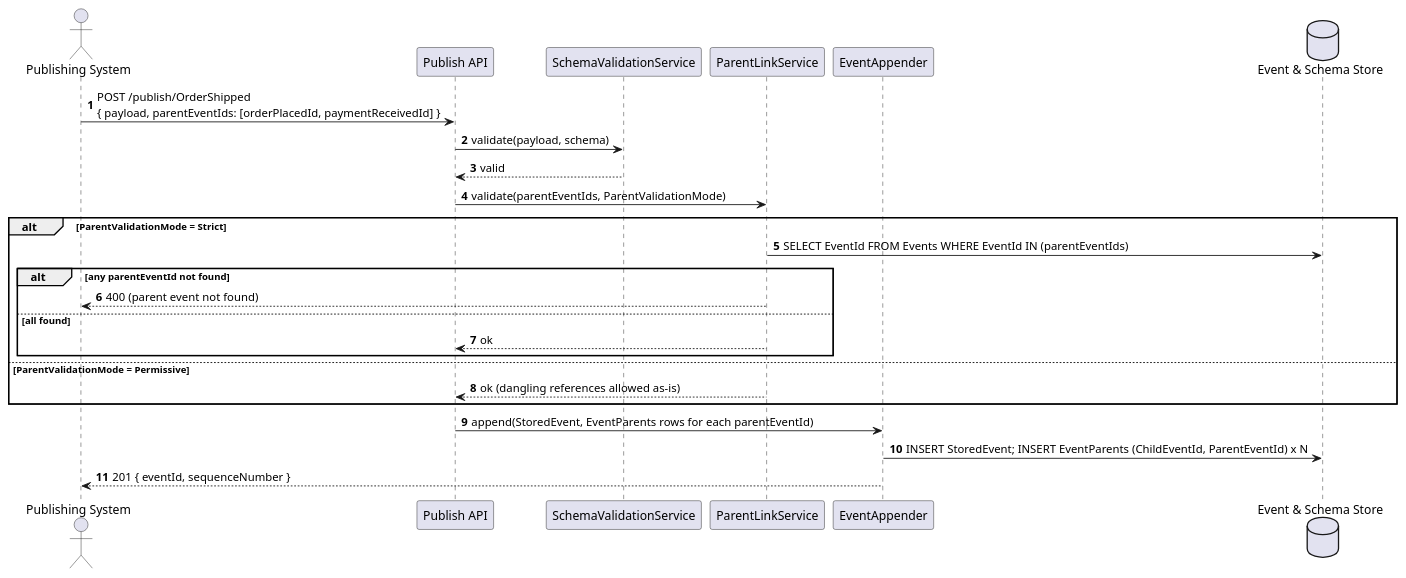
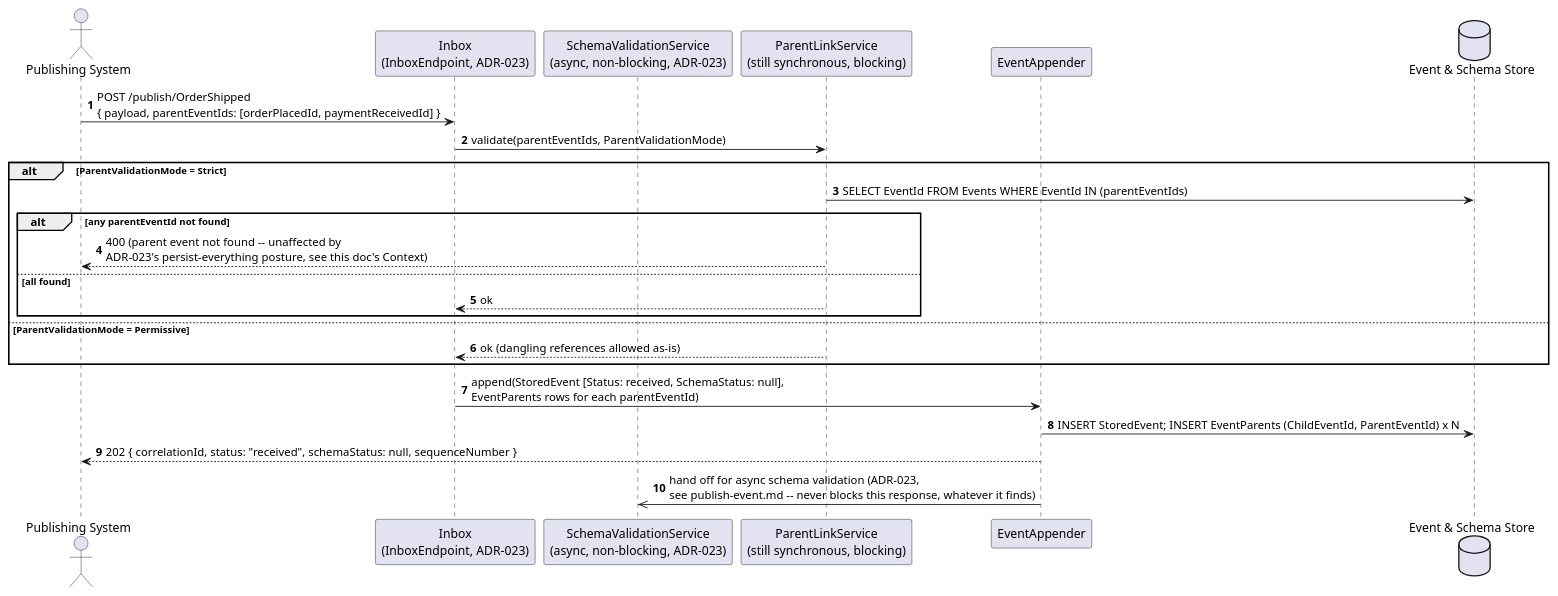
One commit to Mwwhited-BookLearning/EventSourcing changed the first of 3 diagrams in docs/features/event-chains.md. Above: the diagram before and after it, drawn with PlantUML. The commit also changed other lines of this file and 37 other files, not shown here.

````diff
--- a/docs/features/event-chains.md
+++ b/docs/features/event-chains.md
@@ -23,29 +29,28 @@
 ```plantuml
 @startuml EventChains_Publish_Sequence
 autonumber
 actor "Publishing System" as publisher
-participant "Publish API" as endpoint
-participant "SchemaValidationService" as validator
-participant "ParentLinkService" as parentLink
+participant "Inbox\n(InboxEndpoint, ADR-023)" as endpoint
+participant "SchemaValidationService\n(async, non-blocking, ADR-023)" as validator
+participant "ParentLinkService\n(still synchronous, blocking)" as parentLink
 participant "EventAppender" as appender
 database "Event & Schema Store" as db
 
 publisher -> endpoint: POST /publish/OrderShipped\n{ payload, parentEventIds: [orderPlacedId, paymentReceivedId] }
-endpoint -> validator: validate(payload, schema)
-validator --> endpoint: valid
 endpoint -> parentLink: validate(parentEventIds, ParentValidationMode)
 alt ParentValidationMode = Strict
   parentLink -> db: SELECT EventId FROM Events WHERE EventId IN (parentEventIds)
   alt any parentEventId not found
-    parentLink --> publisher: 400 (parent event not found)
+    parentLink --> publisher: 400 (parent event not found -- unaffected by\nADR-023's persist-everything posture, see this doc's Context)
   else all found
     parentLink --> endpoint: ok
   end
 else ParentValidationMode = Permissive
   parentLink --> endpoint: ok (dangling references allowed as-is)
 end
-endpoint -> appender: append(StoredEvent, EventParents rows for each parentEventId)
+endpoint -> appender: append(StoredEvent [Status: received, SchemaStatus: null],\nEventParents rows for each parentEventId)
 appender -> db: INSERT StoredEvent; INSERT EventParents (ChildEventId, ParentEventId) x N
-appender --> publisher: 201 { eventId, sequenceNumber }
+appender --> publisher: 202 { correlationId, status: "received", schemaStatus: null, sequenceNumber }
+appender ->> validator: hand off for async schema validation (ADR-023,\nsee publish-event.md -- never blocks this response, whatever it finds)
 @enduml
 ```
````
